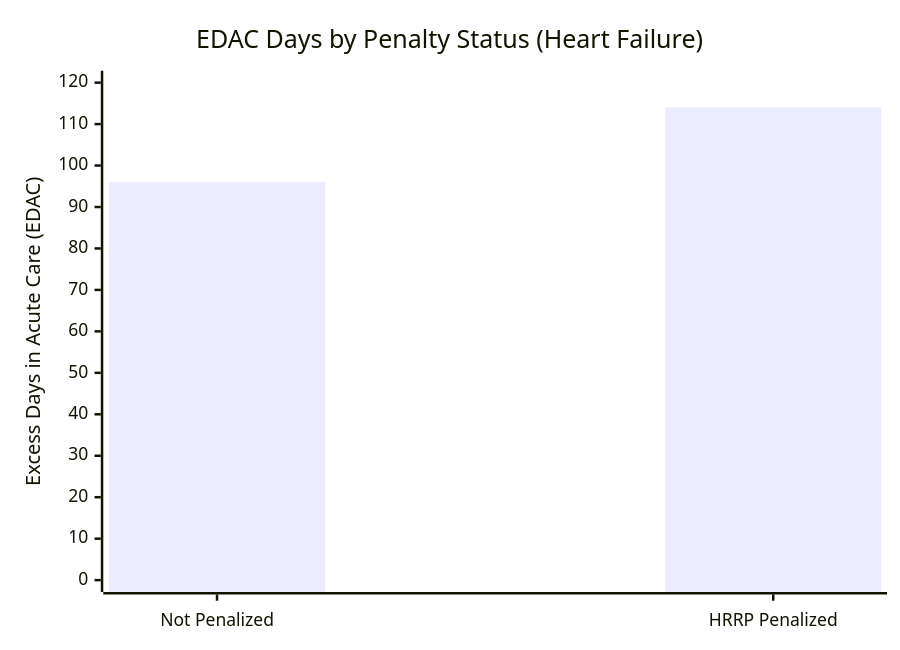
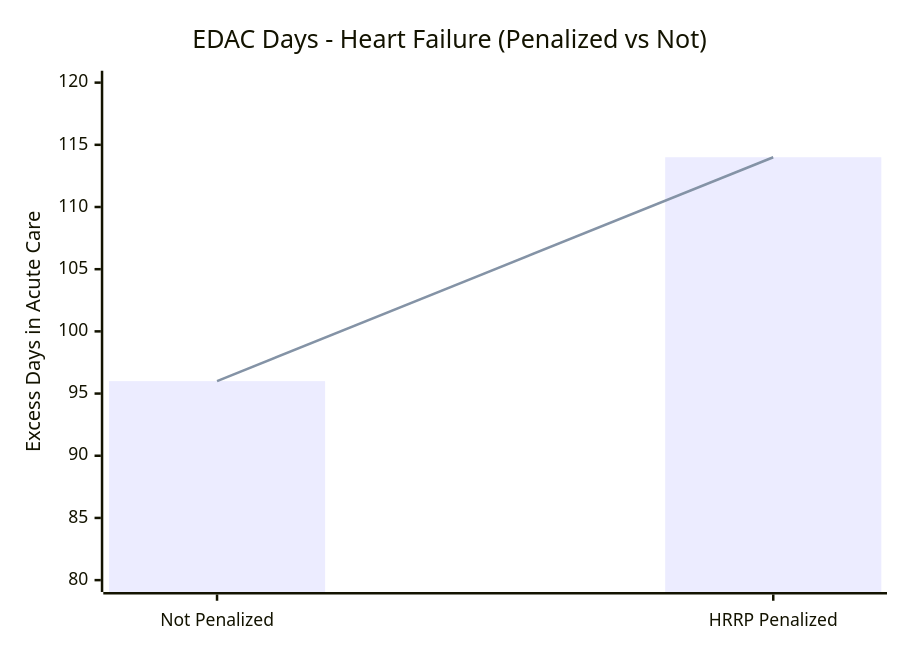
Before and after one commit to Ajayvarmaramineni/CMS-Compliance-Trap: the third of 5 diagrams in README.md, drawn with Mermaid. The commit also changed other lines of this file, not shown here.

Commit message:
Fix Mermaid chart syntax for GitHub rendering

````diff
--- a/README.md
+++ b/README.md
@@ -110,7 +110,8 @@
 ```mermaid
 xychart-beta
-    title "EDAC Days by Penalty Status (Heart Failure)"
+    title "EDAC Days - Heart Failure (Penalized vs Not)"
     x-axis ["Not Penalized", "HRRP Penalized"]
-    y-axis "Excess Days in Acute Care (EDAC)" 0 --> 120
+    y-axis "Excess Days in Acute Care" 80 --> 120
     bar [96, 114]
+    line [96, 114]
 ```
````
